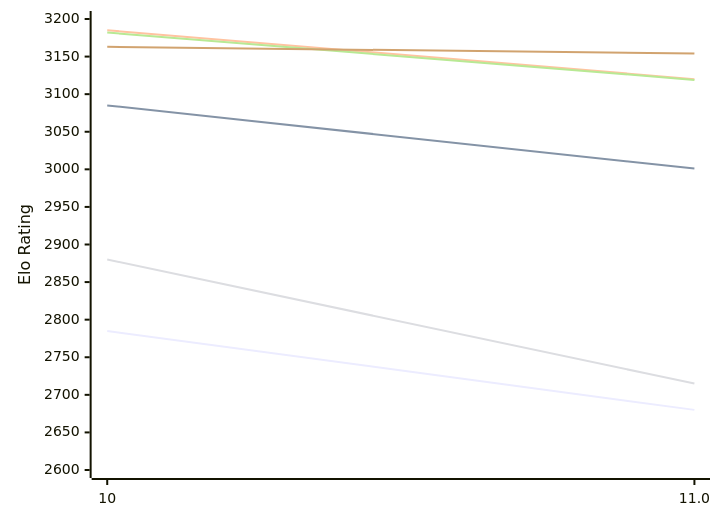
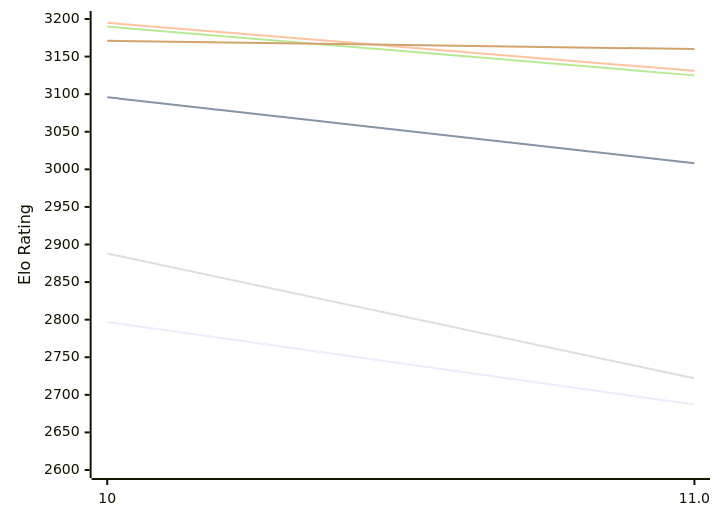
Before and after one commit to computer-chess-index/cci: the first of 2 diagrams in engines/Lozza.md, drawn with Mermaid. The commit also changed other lines of this file, not shown here.

Commit message:
Update CCI Ratings (ELO VLTC) - 2026-10-25

````diff
--- a/engines/Lozza.md
+++ b/engines/Lozza.md
@@ -51,12 +51,12 @@
 ```mermaid
 %%{init: {"theme":"base","themeVariables":{"seriesColors:['#a3a3a3','#222221','#faa371']}}}%%
 xychart-beta
   x-axis ["10", "11.0"]
   y-axis "Elo Rating" 2600 --> 3200
-  line "E1: STC (8.0+0.08s)" [2785, 2680]
-  line "E1: LTC (60.0+0.60s)" [3085, 3001]
-  line "E1: VLTC (2m24s+1.12s)" [3185, 3120]
-  line "P1: STC (8.0+0.08s)" [2880, 2715]
-  line "P1: LTC (60.0+0.60s)" [3182, 3119]
-  line "P1: VLTC (2m24s+1.12s)" [3163, 3154]
+  line "E1: STC (8.0+0.08s)" [2797, 2687]
+  line "E1: LTC (60.0+0.60s)" [3096, 3008]
+  line "E1: VLTC (2m24s+1.12s)" [3195, 3131]
+  line "P1: STC (8.0+0.08s)" [2888, 2722]
+  line "P1: LTC (60.0+0.60s)" [3190, 3125]
+  line "P1: VLTC (2m24s+1.12s)" [3171, 3160]
 ```
````
